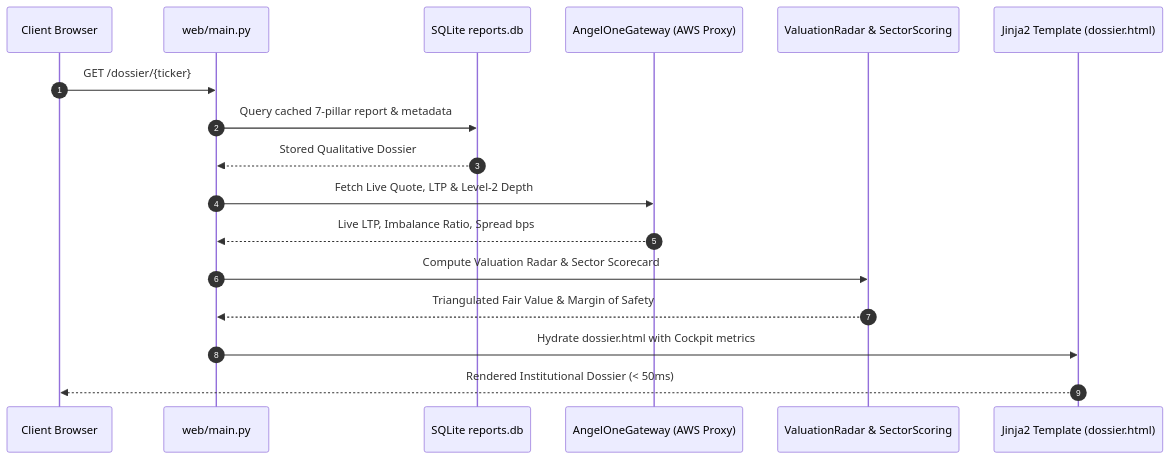
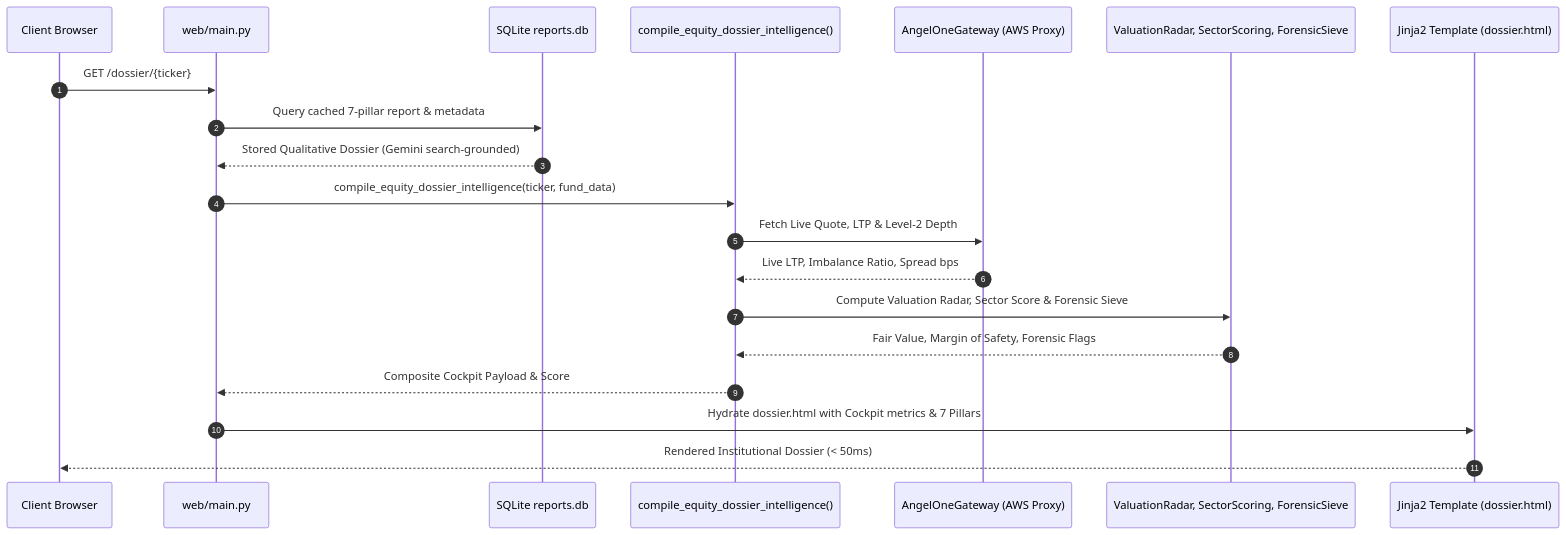
The second of 4 diagrams in docs/MASTER_ENGINEERING_MANUAL.md (jaktheripper-bot/Stock_Research_App), drawn with Mermaid before and after one commit. The commit also changed other lines of this file and 4 other files, not shown here.

Commit message:
docs: correct omissions, route errors, and pipeline hallucinations across architecture manuals

````diff
--- a/docs/MASTER_ENGINEERING_MANUAL.md
+++ b/docs/MASTER_ENGINEERING_MANUAL.md
@@ -188,20 +200,23 @@
 ```mermaid
 sequenceDiagram
     autonumber
     participant User as Client Browser
     participant Router as web/main.py
     participant Cache as SQLite reports.db
+    participant Intel as compile_equity_dossier_intelligence()
     participant Angel as AngelOneGateway (AWS Proxy)
-    participant Radar as ValuationRadar & SectorScoring
+    participant Cortex as ValuationRadar, SectorScoring, ForensicSieve
     participant UI as Jinja2 Template (dossier.html)
 
     User->>Router: GET /dossier/{ticker}
     Router->>Cache: Query cached 7-pillar report & metadata
-    Cache-->>Router: Stored Qualitative Dossier
-    Router->>Angel: Fetch Live Quote, LTP & Level-2 Depth
-    Angel-->>Router: Live LTP, Imbalance Ratio, Spread bps
-    Router->>Radar: Compute Valuation Radar & Sector Scorecard
-    Radar-->>Router: Triangulated Fair Value & Margin of Safety
-    Router->>UI: Hydrate dossier.html with Cockpit metrics
+    Cache-->>Router: Stored Qualitative Dossier (Gemini search-grounded)
+    Router->>Intel: compile_equity_dossier_intelligence(ticker, fund_data)
+    Intel->>Angel: Fetch Live Quote, LTP & Level-2 Depth
+    Angel-->>Intel: Live LTP, Imbalance Ratio, Spread bps
+    Intel->>Cortex: Compute Valuation Radar, Sector Score & Forensic Sieve
+    Cortex-->>Intel: Fair Value, Margin of Safety, Forensic Flags
+    Intel-->>Router: Composite Cockpit Payload & Score
+    Router->>UI: Hydrate dossier.html with Cockpit metrics & 7 Pillars
     UI-->>User: Rendered Institutional Dossier (< 50ms)
 ```
````
